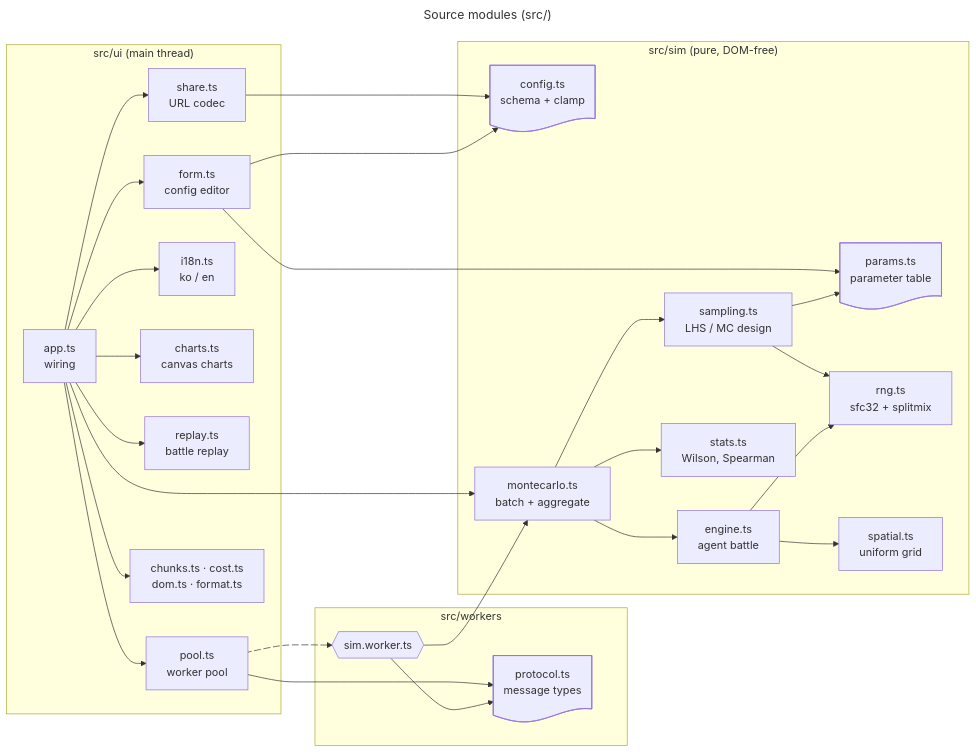
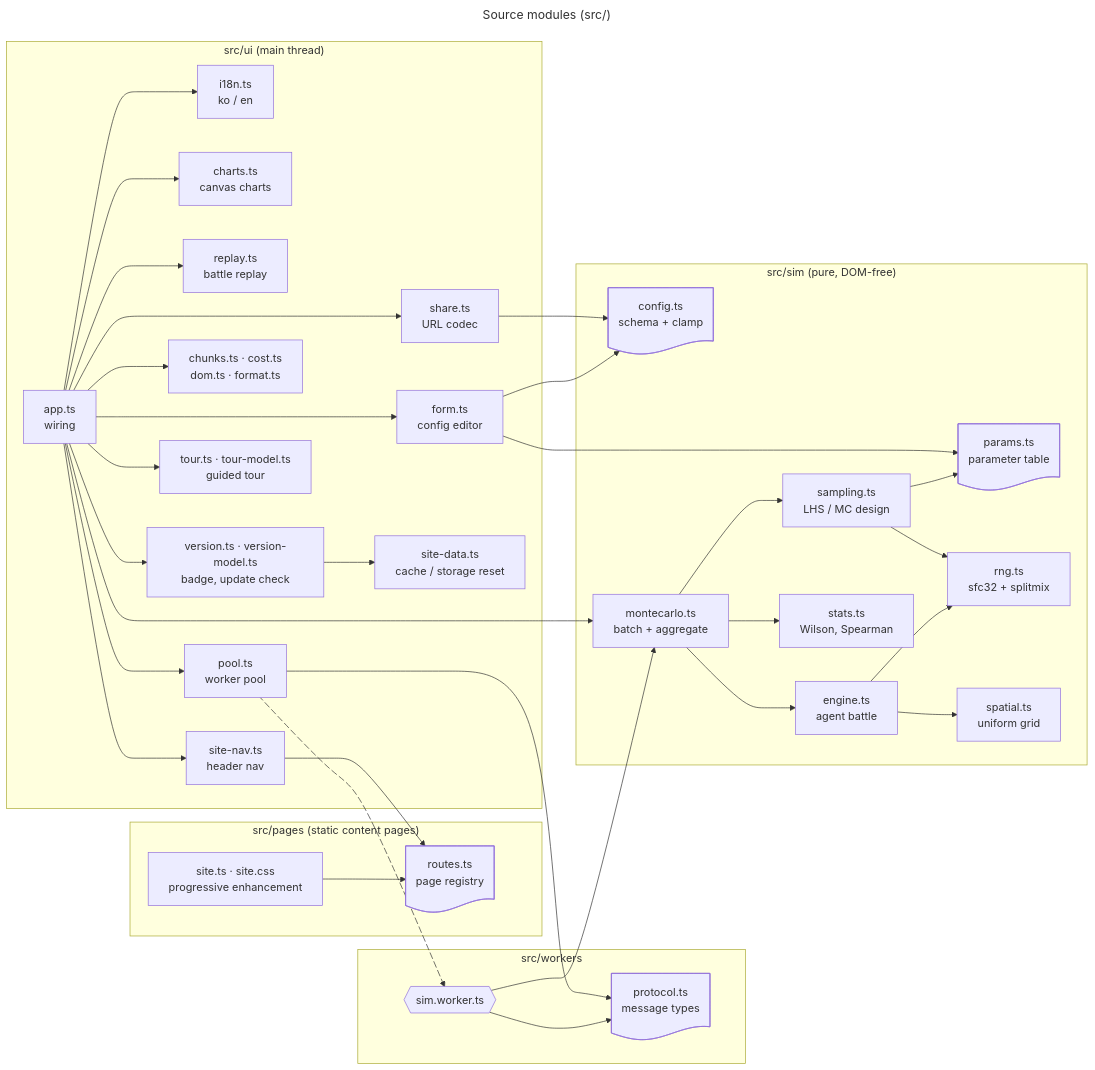
Before and after one commit to VinylStage/trex_vs_tiger_sim: the second of 6 diagrams in ARCHITECTURE.md, drawn with Mermaid. The commit also changed other lines of this file and 3 other files, not shown here.

First line of the commit message:
docs: record content pages, guided tour and versioning in the standard docs (#40)

````diff
--- a/ARCHITECTURE.md
+++ b/ARCHITECTURE.md
@@ -42,45 +42,56 @@
 ```mermaid
 ---
 title: Source modules (src/)
 config:
   flowchart:
     curve: basis
 ---
 flowchart LR
     subgraph UI["src/ui (main thread)"]
         app@{ shape: rect, label: "app.ts<br/>wiring" }
         form@{ shape: rect, label: "form.ts<br/>config editor" }
         share@{ shape: rect, label: "share.ts<br/>URL codec" }
         i18n@{ shape: rect, label: "i18n.ts<br/>ko / en" }
         charts@{ shape: rect, label: "charts.ts<br/>canvas charts" }
         replay@{ shape: rect, label: "replay.ts<br/>battle replay" }
         pool@{ shape: rect, label: "pool.ts<br/>worker pool" }
         helpers@{ shape: rect, label: "chunks.ts · cost.ts<br/>dom.ts · format.ts" }
+        nav@{ shape: rect, label: "site-nav.ts<br/>header nav" }
+        tour@{ shape: rect, label: "tour.ts · tour-model.ts<br/>guided tour" }
+        version@{ shape: rect, label: "version.ts · version-model.ts<br/>badge, update check" }
+        sitedata@{ shape: rect, label: "site-data.ts<br/>cache / storage reset" }
+    end
+    subgraph PAGES["src/pages (static content pages)"]
+        site@{ shape: rect, label: "site.ts · site.css<br/>progressive enhancement" }
+        routes@{ shape: doc, label: "routes.ts<br/>page registry" }
     end
     subgraph W["src/workers"]
         worker@{ shape: hex, label: "sim.worker.ts" }
         protocol@{ shape: doc, label: "protocol.ts<br/>message types" }
     end
     subgraph SIM["src/sim (pure, DOM-free)"]
         config@{ shape: doc, label: "config.ts<br/>schema + clamp" }
         params@{ shape: doc, label: "params.ts<br/>parameter table" }
         rng@{ shape: rect, label: "rng.ts<br/>sfc32 + splitmix" }
         sampling@{ shape: rect, label: "sampling.ts<br/>LHS / MC design" }
         engine@{ shape: rect, label: "engine.ts<br/>agent battle" }
         spatial@{ shape: rect, label: "spatial.ts<br/>uniform grid" }
         mc@{ shape: rect, label: "montecarlo.ts<br/>batch + aggregate" }
         stats@{ shape: rect, label: "stats.ts<br/>Wilson, Spearman" }
     end
     app --> form & charts & replay & pool & share & i18n
+    app --> nav & tour & version
+    version --> sitedata
+    nav & site --> routes
     share --> config
     form --> config & params
     pool e1@--> worker
     app --> helpers
     pool & worker --> protocol
     worker --> mc
     app --> mc
     mc --> sampling & engine & stats
     sampling --> rng & params
     engine --> spatial & rng
     e1@{ animate: true }
 ```
````
